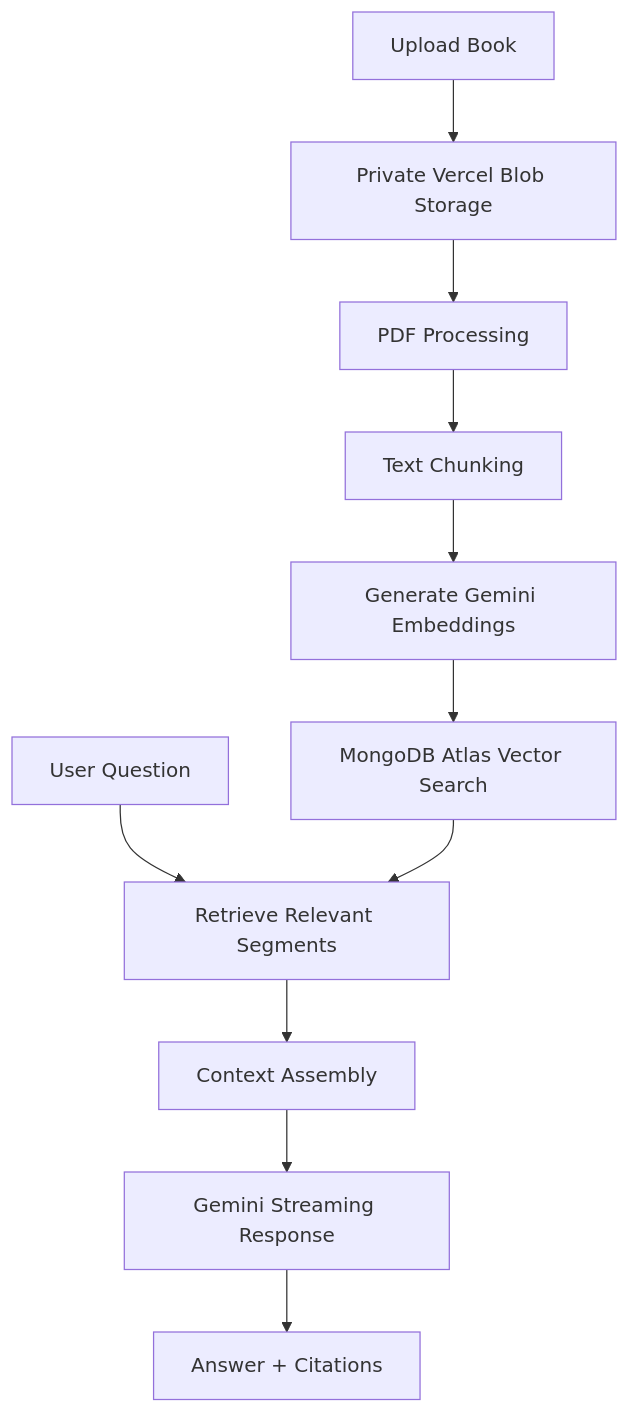
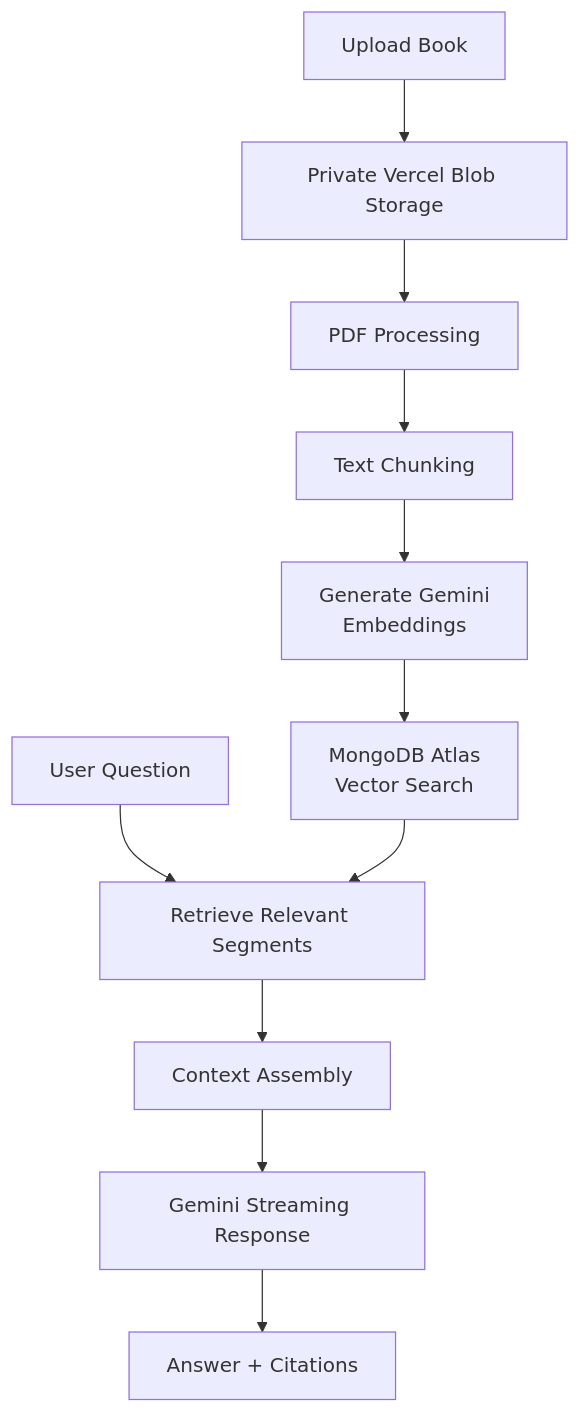
The third of 3 diagrams in README.md (venkat-suresh-dev/mindvault-ai), drawn with Mermaid before and after one commit. The commit also changed other lines of this file, not shown here.

Commit message:
docs: improve README flowchart readability

````diff
--- a/README.md
+++ b/README.md
@@ -177,14 +177,14 @@
 ```mermaid
 flowchart TD
   A["Upload Book"] --> B["Private Vercel Blob Storage"]
   B --> C["PDF Processing"]
   C --> D["Text Chunking"]
-  D --> E["Generate Gemini Embeddings"]
-  E --> F["MongoDB Atlas Vector Search"]
+  D --> E["Generate Gemini<br/>Embeddings"]
+  E --> F["MongoDB Atlas<br/>Vector Search"]
 
   G["User Question"] --> H["Retrieve Relevant Segments"]
   F --> H
   H --> I["Context Assembly"]
   I --> J["Gemini Streaming Response"]
   J --> K["Answer + Citations"]
 ```
````
